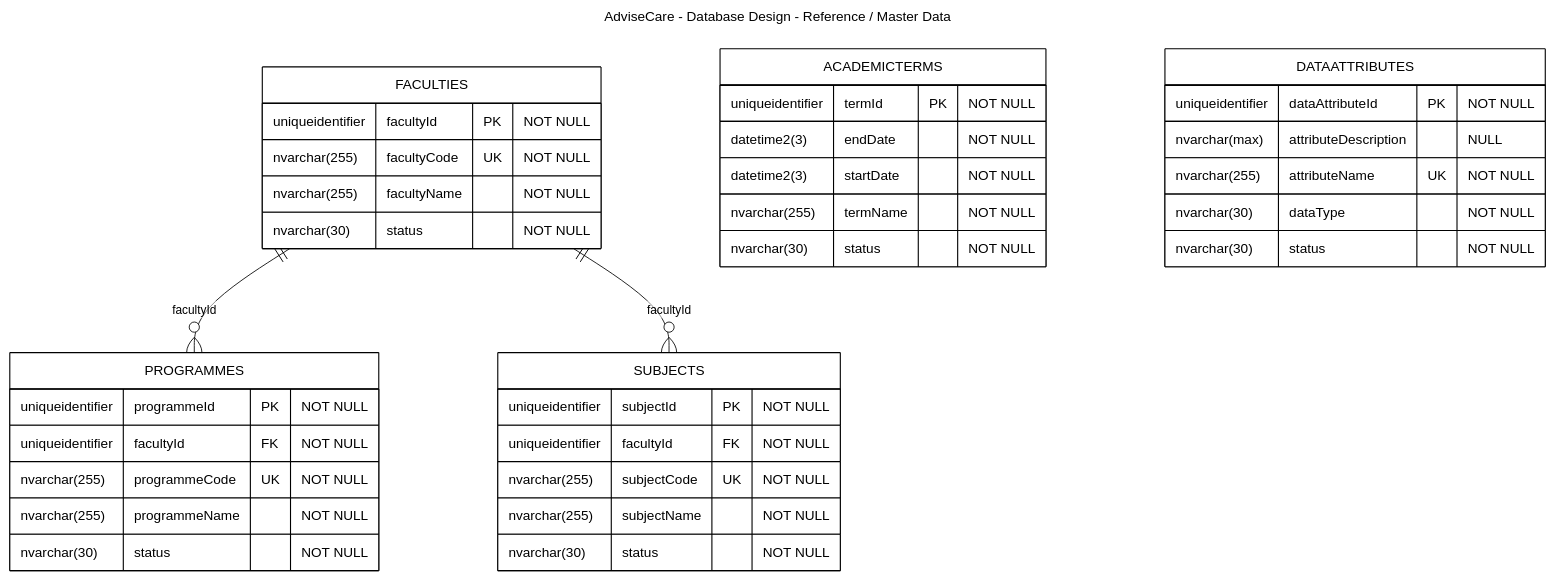
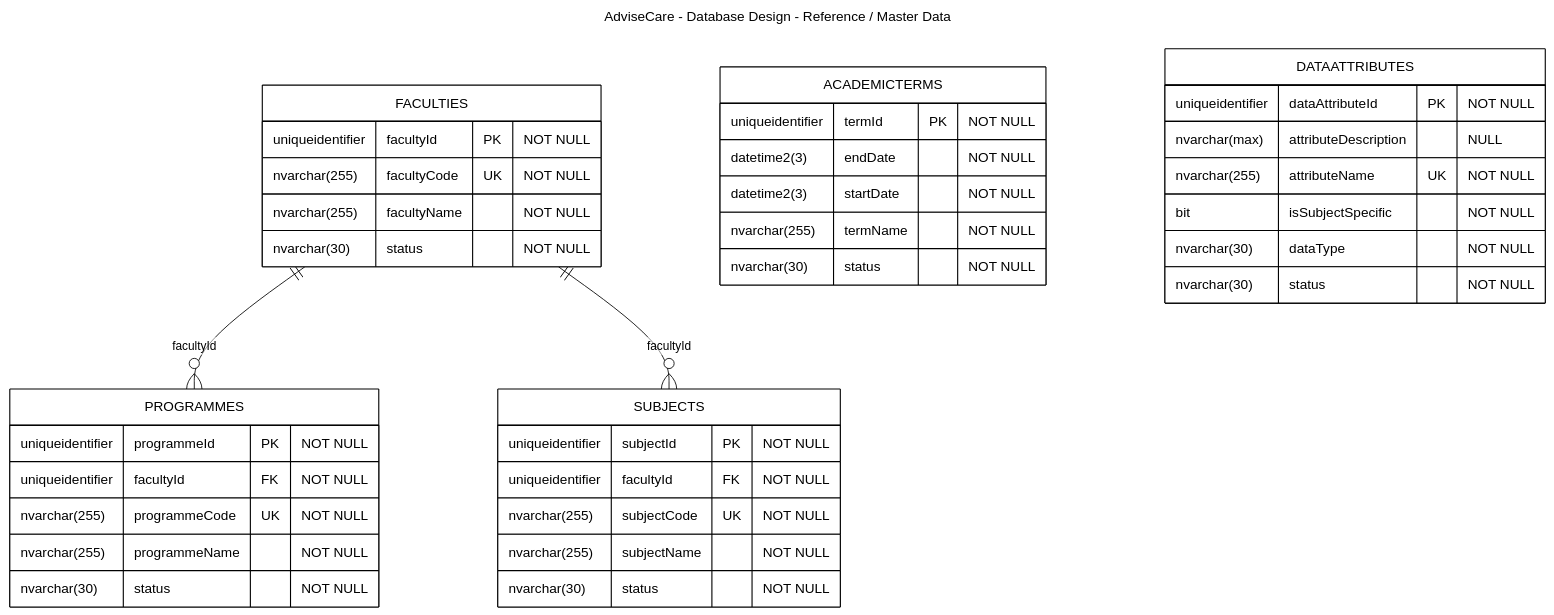
Before and after one commit to DanieLsvenn/AdviseCare: the diagram in Mermaid/Report 4/Database Design/Database_Design_2_Reference_Master_Data.mmd, drawn with Mermaid. The commit also changed 59 other files, not shown here.

```diff
--- a/Mermaid/Report 4/Database Design/Database_Design_2_Reference_Master_Data.mmd
+++ b/Mermaid/Report 4/Database Design/Database_Design_2_Reference_Master_Data.mmd
@@ -1,41 +1,42 @@
 ---
 title: AdviseCare - Database Design - Reference / Master Data
 ---
 %%{init: {"theme":"base","themeVariables":{"background":"#ffffff","textColor":"#000000","primaryColor":"#ffffff","primaryTextColor":"#000000","primaryBorderColor":"#000000","secondaryColor":"#ffffff","secondaryTextColor":"#000000","secondaryBorderColor":"#000000","tertiaryColor":"#ffffff","tertiaryTextColor":"#000000","tertiaryBorderColor":"#000000","lineColor":"#000000","mainBkg":"#ffffff","secondBkg":"#ffffff","nodeBorder":"#000000","clusterBkg":"#ffffff","clusterBorder":"#000000","defaultLinkColor":"#000000","actorBkg":"#ffffff","actorBorder":"#000000","actorTextColor":"#000000","actorLineColor":"#000000","signalColor":"#000000","signalTextColor":"#000000","labelBoxBkgColor":"#ffffff","labelBoxBorderColor":"#000000","labelTextColor":"#000000","noteBkgColor":"#ffffff","noteBorderColor":"#000000","noteTextColor":"#000000","activationBkgColor":"#ffffff","activationBorderColor":"#000000","sequenceNumberColor":"#000000","attributeBackgroundColor":"#ffffff","classBackground":"#ffffff","classBorder":"#000000"}}}%%
 erDiagram
     FACULTIES {
         uniqueidentifier facultyId PK "NOT NULL"
         nvarchar(255) facultyCode UK "NOT NULL"
         nvarchar(255) facultyName "NOT NULL"
         nvarchar(30) status "NOT NULL"
     }
     PROGRAMMES {
         uniqueidentifier programmeId PK "NOT NULL"
         uniqueidentifier facultyId FK "NOT NULL"
         nvarchar(255) programmeCode UK "NOT NULL"
         nvarchar(255) programmeName "NOT NULL"
         nvarchar(30) status "NOT NULL"
     }
     ACADEMICTERMS {
         uniqueidentifier termId PK "NOT NULL"
         datetime2(3) endDate "NOT NULL"
         datetime2(3) startDate "NOT NULL"
         nvarchar(255) termName "NOT NULL"
         nvarchar(30) status "NOT NULL"
     }
     SUBJECTS {
         uniqueidentifier subjectId PK "NOT NULL"
         uniqueidentifier facultyId FK "NOT NULL"
         nvarchar(255) subjectCode UK "NOT NULL"
         nvarchar(255) subjectName "NOT NULL"
         nvarchar(30) status "NOT NULL"
     }
     DATAATTRIBUTES {
         uniqueidentifier dataAttributeId PK "NOT NULL"
         nvarchar(max) attributeDescription "NULL"
         nvarchar(255) attributeName UK "NOT NULL"
+        bit isSubjectSpecific "NOT NULL"
         nvarchar(30) dataType "NOT NULL"
         nvarchar(30) status "NOT NULL"
     }
     FACULTIES ||--o{ PROGRAMMES : "facultyId"
     FACULTIES ||--o{ SUBJECTS : "facultyId"
```
